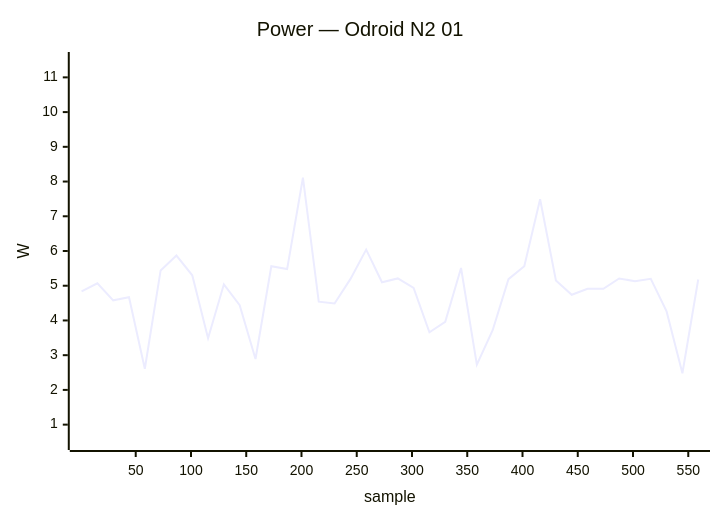
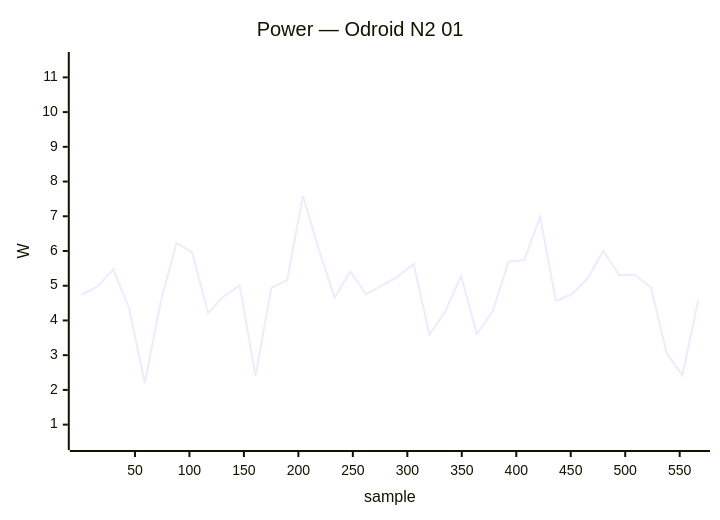
One commit to armbian/documentation changed diagram 26 of 38 in docs/status/board-tests.md. Above: the diagram before and after it, drawn with Mermaid. The commit also changed other lines of this file, not shown here.

````diff
--- a/docs/status/board-tests.md
+++ b/docs/status/board-tests.md
@@ -1236,7 +1262,7 @@
 ```mermaid
 xychart-beta
     title "Power — Odroid N2 01"
-    x-axis "sample" 1 --> 559
+    x-axis "sample" 1 --> 567
     y-axis "W" 0.5 --> 11.5
-    line [4.84, 5.07, 4.58, 4.67, 2.61, 5.44, 5.87, 5.30, 3.49, 5.04, 4.44, 2.89, 5.56, 5.48, 8.11, 4.54, 4.49, 5.19, 6.04, 5.10, 5.21, 4.94, 3.66, 3.96, 5.51, 2.73, 3.72, 5.19, 5.56, 7.49, 5.15, 4.74, 4.91, 4.91, 5.21, 5.13, 5.20, 4.26, 2.48, 5.18]
+    line [4.74, 4.98, 5.47, 4.36, 2.20, 4.53, 6.23, 5.96, 4.21, 4.70, 5.01, 2.40, 4.94, 5.16, 7.59, 6.05, 4.66, 5.41, 4.75, 5.01, 5.26, 5.63, 3.59, 4.26, 5.28, 3.61, 4.26, 5.69, 5.74, 6.99, 4.56, 4.76, 5.20, 6.01, 5.31, 5.31, 4.96, 3.06, 2.42, 4.58]
 ```
````
